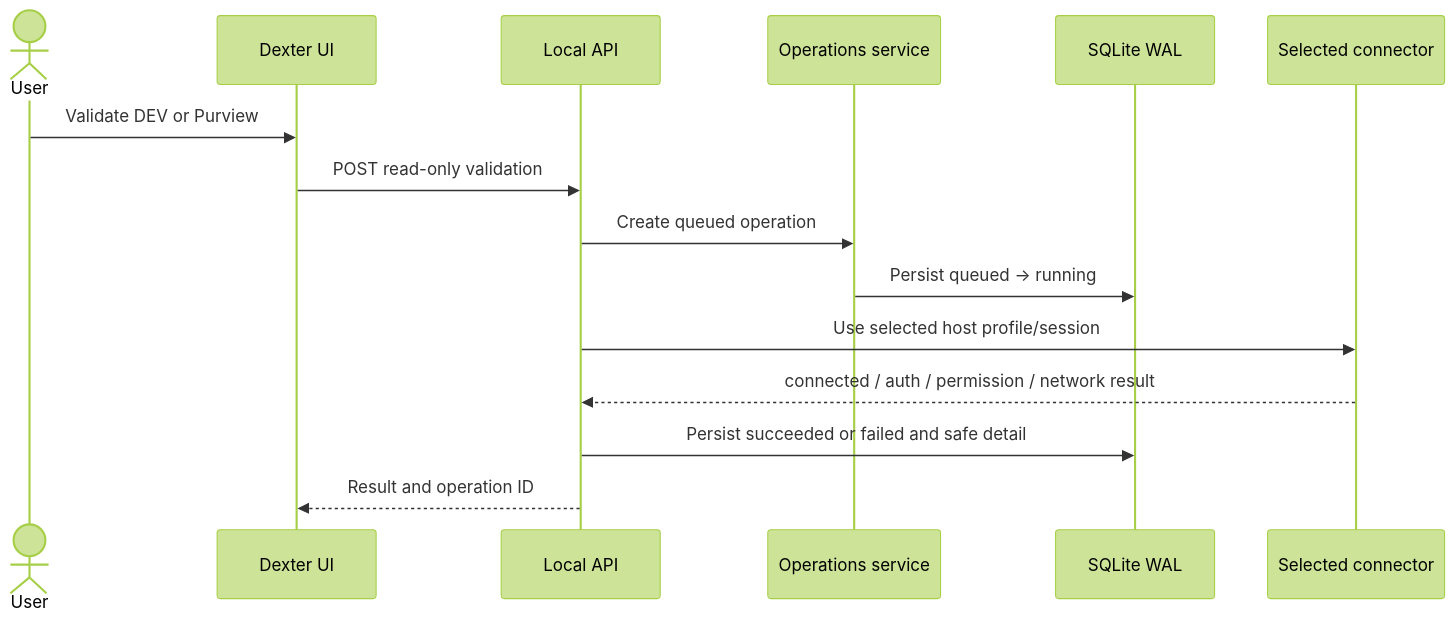
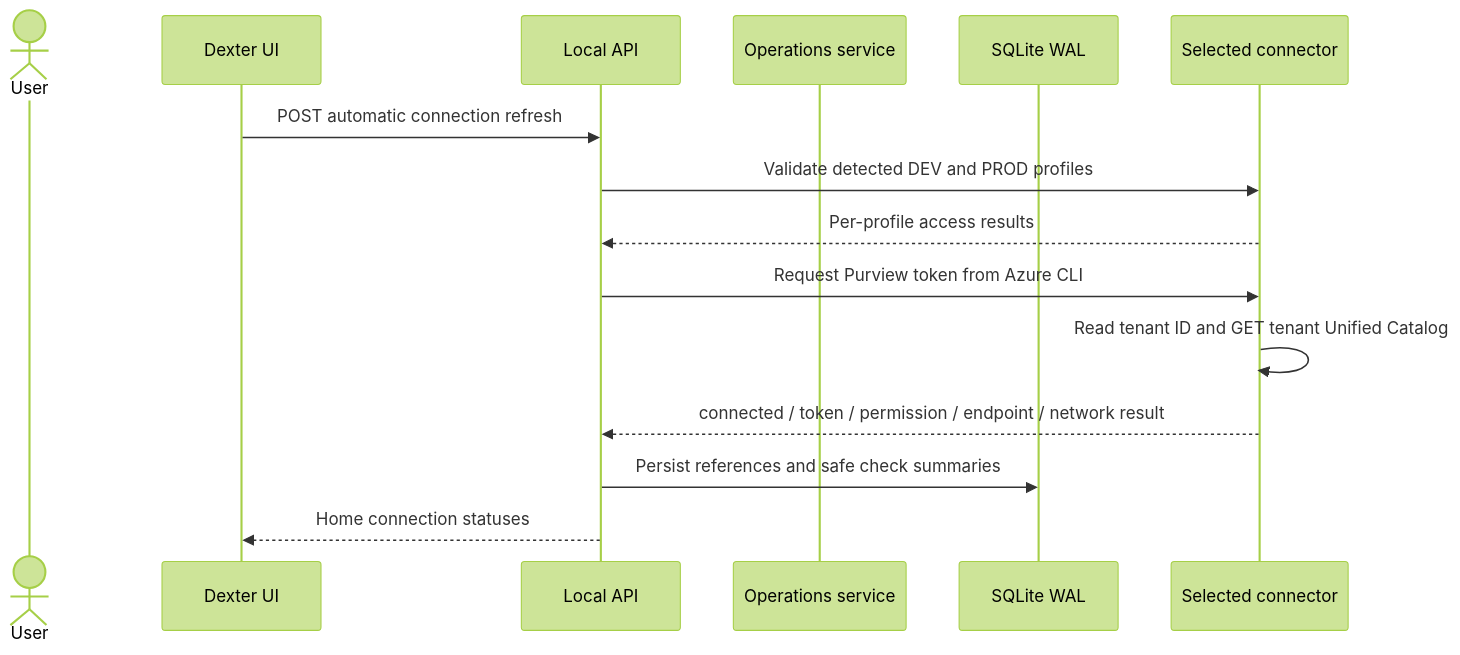
Before and after one commit to henrrs/dexter-ui: the second of 3 diagrams in docs/architecture.md, drawn with Mermaid (forest theme). The commit also changed other lines of this file and 9 other files, not shown here.

Commit message:
Use tenant token for automatic Purview discovery

````diff
--- a/docs/architecture.md
+++ b/docs/architecture.md
@@ -30,17 +30,17 @@
 ```mermaid
 sequenceDiagram
   actor User
   participant UI as Dexter UI
   participant API as Local API
   participant Ops as Operations service
   participant DB as SQLite WAL
   participant Adapter as Selected connector
-  User->>UI: Validate DEV or Purview
-  UI->>API: POST read-only validation
-  API->>Ops: Create queued operation
-  Ops->>DB: Persist queued → running
-  API->>Adapter: Use selected host profile/session
-  Adapter-->>API: connected / auth / permission / network result
-  API->>DB: Persist succeeded or failed and safe detail
-  API-->>UI: Result and operation ID
+  UI->>API: POST automatic connection refresh
+  API->>Adapter: Validate detected DEV and PROD profiles
+  Adapter-->>API: Per-profile access results
+  API->>Adapter: Request Purview token from Azure CLI
+  Adapter->>Adapter: Read tenant ID and GET tenant Unified Catalog
+  Adapter-->>API: connected / token / permission / endpoint / network result
+  API->>DB: Persist references and safe check summaries
+  API-->>UI: Home connection statuses
 ```
````
